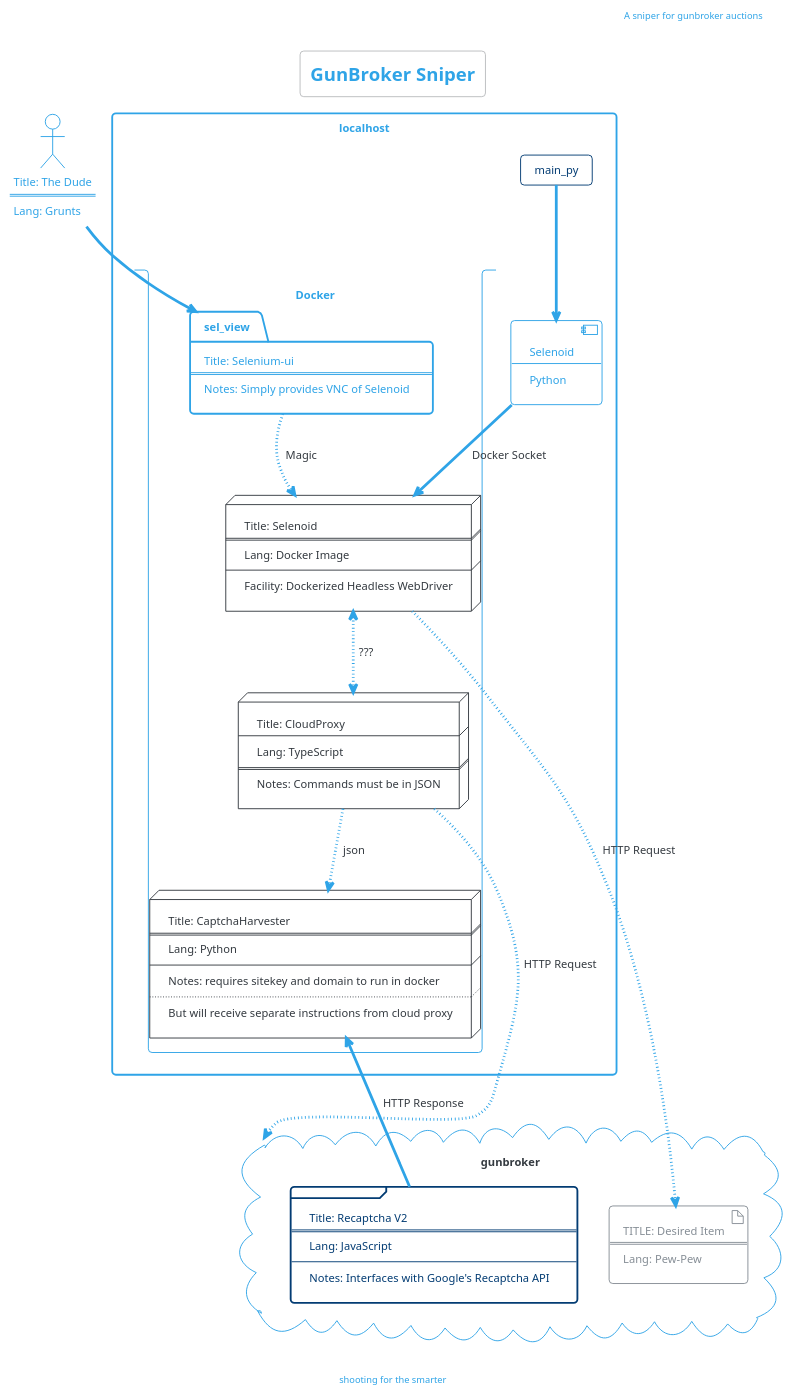
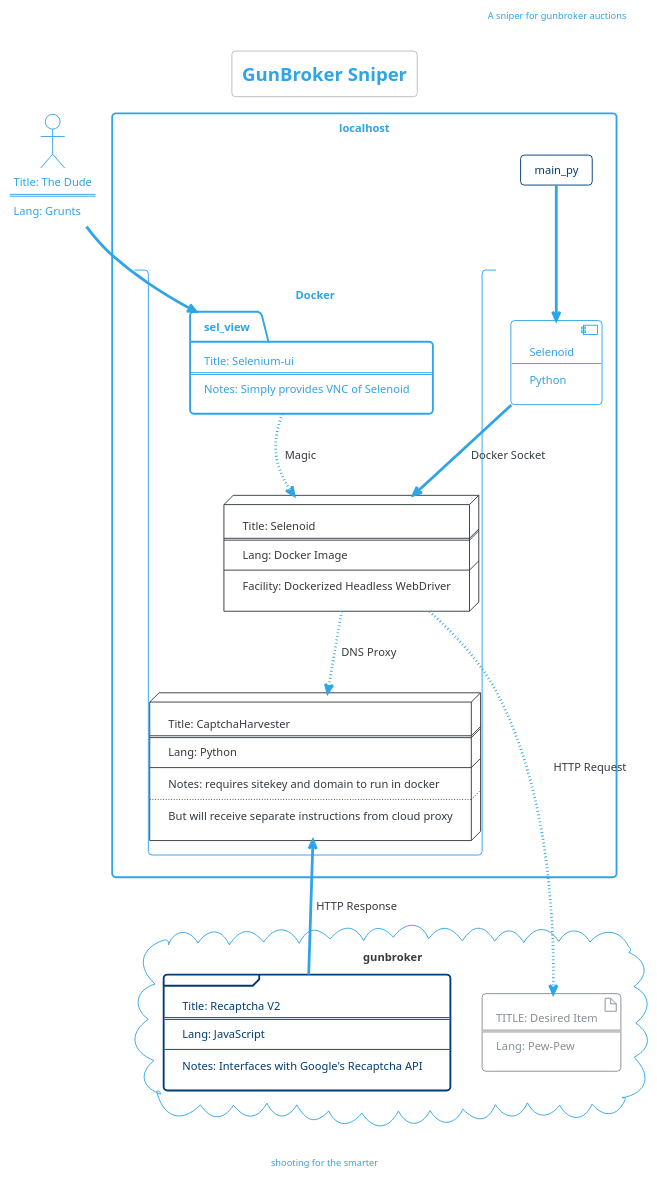
Before and after one commit to anoduck/gunbroker-sniper: the diagram in gunbroker-sniper.puml, drawn with PlantUML. The commit also changed 2 other files, not shown here.

Commit message:
Removed CloudProxy

```diff
--- a/gunbroker-sniper.puml
+++ b/gunbroker-sniper.puml
@@ -1,76 +1,67 @@
 @startuml
 'https://plantuml.com/activity-diagram-beta
 !theme cerulean-outline
 title GunBroker Sniper
 header A sniper for gunbroker auctions
 footer shooting for the smarter
 
 actor dude [
 	Title: The Dude
 	===
 	Lang: Grunts
 ]
 rectangle localhost{
 	stack Docker{
 		node selenoid [
 			Title: Selenoid
 			===
 			Lang: Docker Image
 			---
 			Facility: Dockerized Headless WebDriver
 		]
 		package sel_view [
 			Title: Selenium-ui
 			===
 			Notes: Simply provides VNC of Selenoid
-		]
-		node cloud_proxy [
-			Title: CloudProxy
-			---
-			Lang: TypeScript
-			===
-			Notes: Commands must be in JSON
 		]
 		node captcha_harvester [
 			Title: CaptchaHarvester
 			===
 			Lang: Python
 			---
 			Notes: requires sitekey and domain to run in docker
 			....
 			But will receive separate instructions from cloud proxy
 		]
 	}
 	card main_py
 	component selenium [
 		Selenoid
 		---
 		Python
 	]
 }
 cloud gunbroker{
 	frame recaptchav2 [
 	Title: Recaptcha V2
 	===
 	Lang: JavaScript
 	---
 	Notes: Interfaces with Google's Recaptcha API
 	]
 	artifact item [
 	TITLE: Desired Item
 	===
 	Lang: Pew-Pew
 	]
 }
 dude --> sel_view
 sel_view ~~> selenoid : ""Magic""
 main_py --> selenium
 selenium --> selenoid : ""Docker Socket""
 selenoid ~~> item : ""HTTP Request""
-selenoid <~~> cloud_proxy : ""???""
-cloud_proxy ~~> gunbroker : ""HTTP Request""
-cloud_proxy ~~> captcha_harvester : ""json""
+selenoid ~~> captcha_harvester : "DNS Proxy"
 captcha_harvester <-- recaptchav2 : ""HTTP Response""
 
 
 @enduml
```
